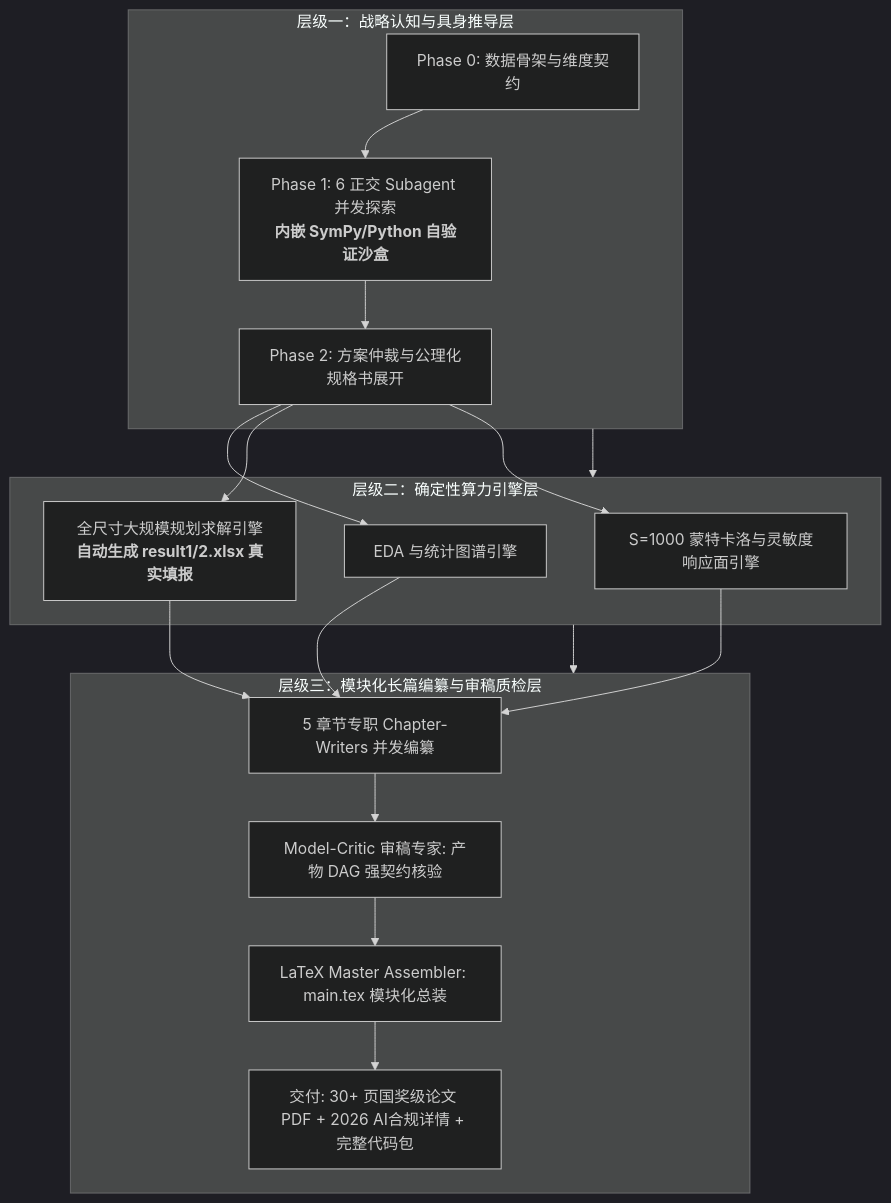
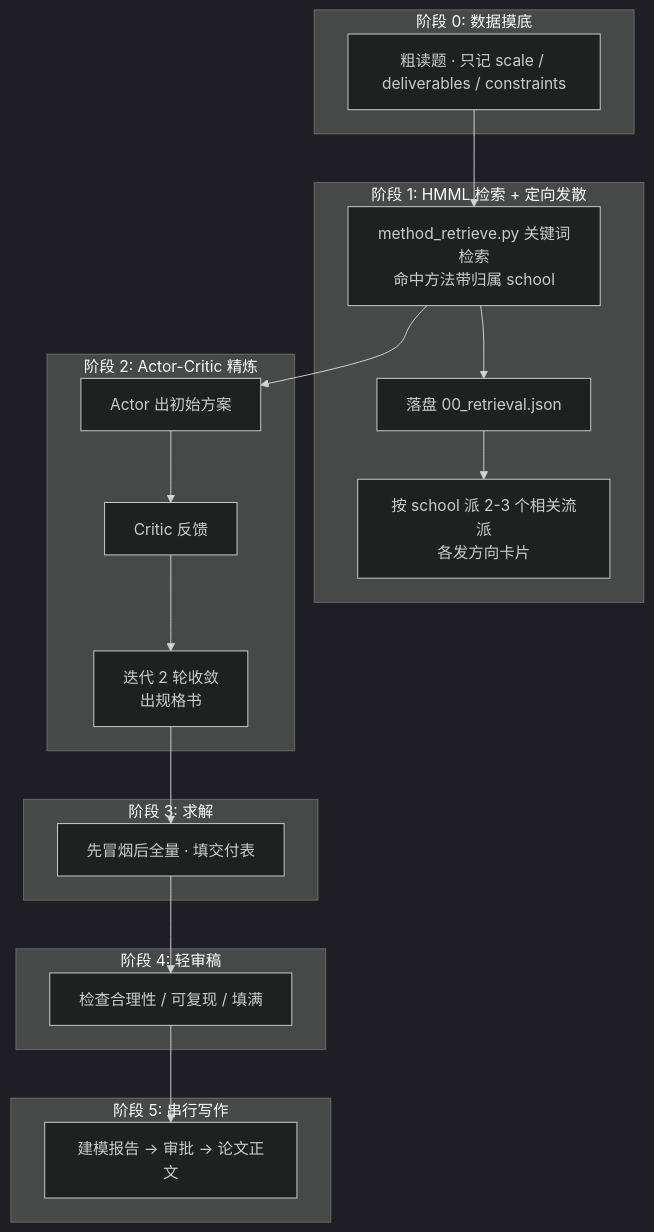
One commit to xbjh123/math-modeling-agent changed the diagram in README.md. Above: the diagram before and after it, drawn with Mermaid (dark theme). The commit also changed other lines of this file, not shown here.

````diff
--- a/README.md
+++ b/README.md
@@ -14,22 +17,24 @@
 ```mermaid
 flowchart TD
-    subgraph L1[层级一：战略认知与具身推导层]
-        P0[Phase 0: 数据骨架与维度契约] --> P1[Phase 1: 6 正交 Subagent 并发探索<br/><b>内嵌 SymPy/Python 自验证沙盒</b>]
-        P1 --> P2[Phase 2: 方案仲裁与公理化规格书展开]
+    subgraph S0[阶段 0: 数据摸底]
+        A0[粗读题 · 只记 scale / deliverables / constraints]
     end
-
-    subgraph L2[层级二：确定性算力引擎层]
-        P2 --> E1[EDA 与统计图谱引擎]
-        P2 --> E2[全尺寸大规模规划求解引擎<br/><b>自动生成 result1/2.xlsx 真实填报</b>]
-        P2 --> E3[S=1000 蒙特卡洛与灵敏度响应面引擎]
+    subgraph S1[阶段 1: HMML 检索 + 定向发散]
+        A1[method_retrieve.py 关键词检索<br/>命中方法带归属 school] --> A2[落盘 00_retrieval.json]
+        A2 --> A3[按 school 派 2-3 个相关流派<br/>各发方向卡片]
     end
-
-    subgraph L3[层级三：模块化长篇编纂与审稿质检层]
-        E1 & E2 & E3 --> W[5 章节专职 Chapter-Writers 并发编纂]
-        W --> Critic[Model-Critic 审稿专家: 产物 DAG 强契约核验]
-        Critic --> Assembler[LaTeX Master Assembler: main.tex 模块化总装]
-        Assembler --> PDF[交付: 30+ 页国奖级论文 PDF + 2026 AI合规详情 + 完整代码包]
+    subgraph S2[阶段 2: Actor-Critic 精炼]
+        B1[Actor 出初始方案] --> B2[Critic 反馈] --> B3[迭代 2 轮收敛<br/>出规格书]
     end
-
-    L1 --> L2 --> L3
+    subgraph S3[阶段 3: 求解]
+        C1[先冒烟后全量 · 填交付表]
+    end
+    subgraph S4[阶段 4: 轻审稿]
+        D1[检查合理性 / 可复现 / 填满]
+    end
+    subgraph S5[阶段 5: 串行写作]
+        E1[建模报告 → 审批 → 论文正文]
+    end
+    A0 --> A1 --> B1
+    B3 --> C1 --> D1 --> E1
 ```
````
